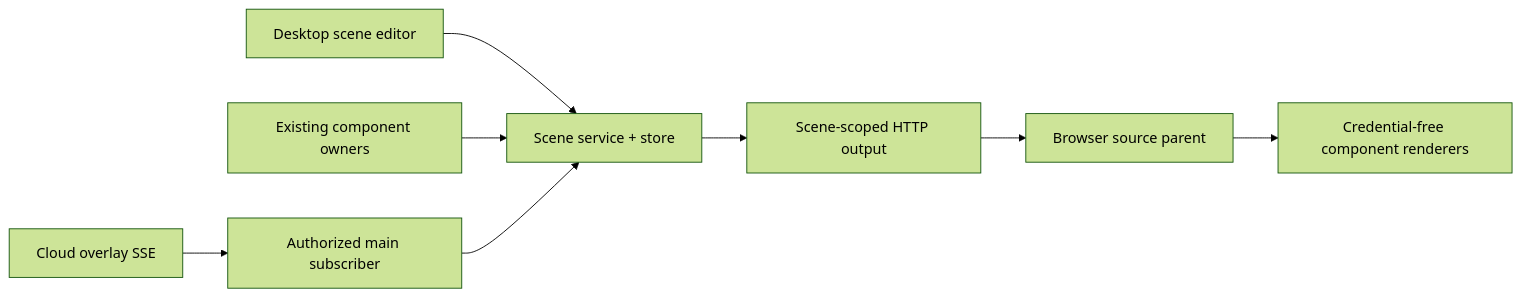
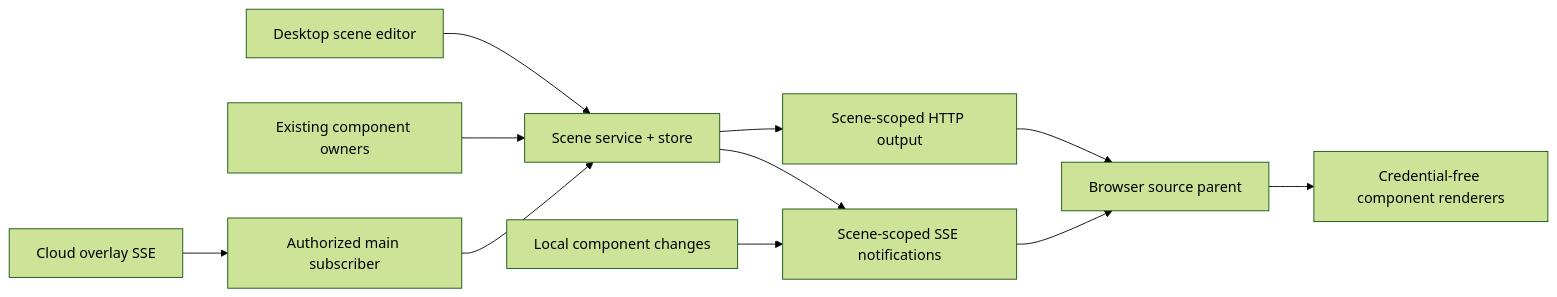
The diagram in docs/architecture/adr/0022-local-component-scenes.md (AuroraWhisperer/LIRA), drawn with Mermaid (forest theme) before and after one commit. The commit also changed other lines of this file and 381 other files, not shown here.

````diff
--- a/docs/architecture/adr/0022-local-component-scenes.md
+++ b/docs/architecture/adr/0022-local-component-scenes.md
@@ -27,10 +55,13 @@
 ```mermaid
 flowchart LR
   Admin["Desktop scene editor"] --> Scene["Scene service + store"]
   Defaults["Existing component owners"] --> Scene
   Cloud["Cloud overlay SSE"] --> Main["Authorized main subscriber"]
   Main --> Scene
   Scene --> Output["Scene-scoped HTTP output"]
   Output --> Parent["Browser source parent"]
+  Runtime["Local component changes"] --> Events["Scene-scoped SSE notifications"]
+  Scene --> Events
+  Events --> Parent
   Parent --> Frames["Credential-free component renderers"]
 ```
````
